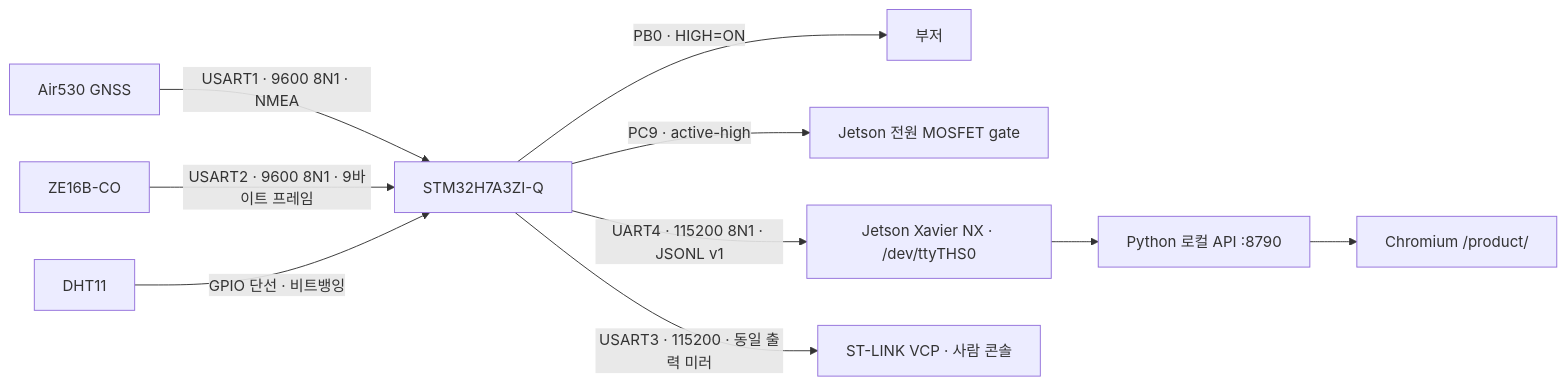
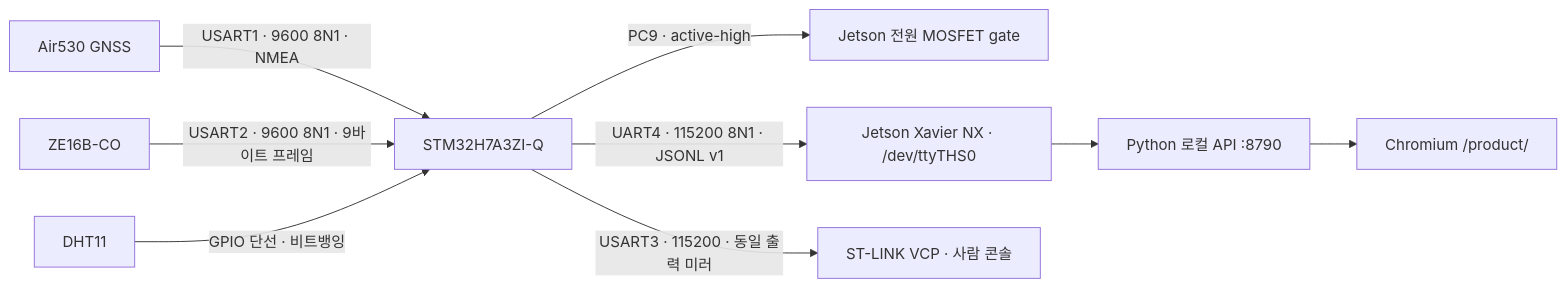
One commit to 2026-ESW-OGTECH/OGTECH-frontend changed the diagram in MAP/STM32_JETSON_SETUP.md. Above: the diagram before and after it, drawn with Mermaid. The commit also changed other lines of this file and 7 other files, not shown here.

````diff
--- a/MAP/STM32_JETSON_SETUP.md
+++ b/MAP/STM32_JETSON_SETUP.md
@@ -45,12 +45,11 @@
 ```mermaid
 flowchart LR
   GPS["Air530 GNSS"] -->|"USART1 · 9600 8N1 · NMEA"| STM["STM32H7A3ZI-Q"]
   CO["ZE16B-CO"] -->|"USART2 · 9600 8N1 · 9바이트 프레임"| STM
   DHT["DHT11"] -->|"GPIO 단선 · 비트뱅잉"| STM
-  STM -->|"PB0 · HIGH=ON"| BUZ["부저"]
   STM -->|"PC9 · active-high"| GATE["Jetson 전원 MOSFET gate"]
   STM -->|"UART4 · 115200 8N1 · JSONL v1"| JETSON["Jetson Xavier NX · /dev/ttyTHS0"]
   STM -->|"USART3 · 115200 · 동일 출력 미러"| VCP["ST-LINK VCP · 사람 콘솔"]
   JETSON --> API["Python 로컬 API :8790"]
   API --> UI["Chromium /product/"]
 ```
````
